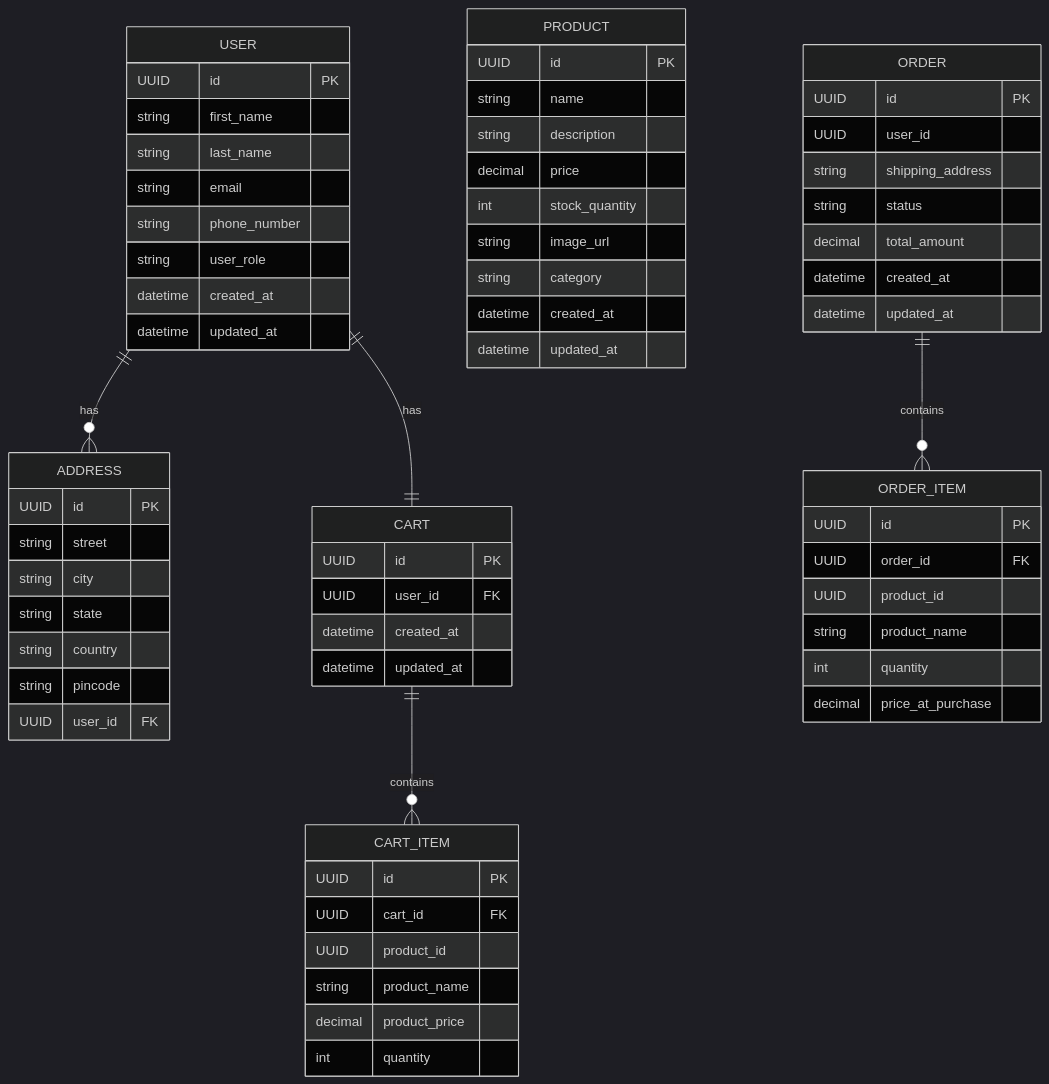
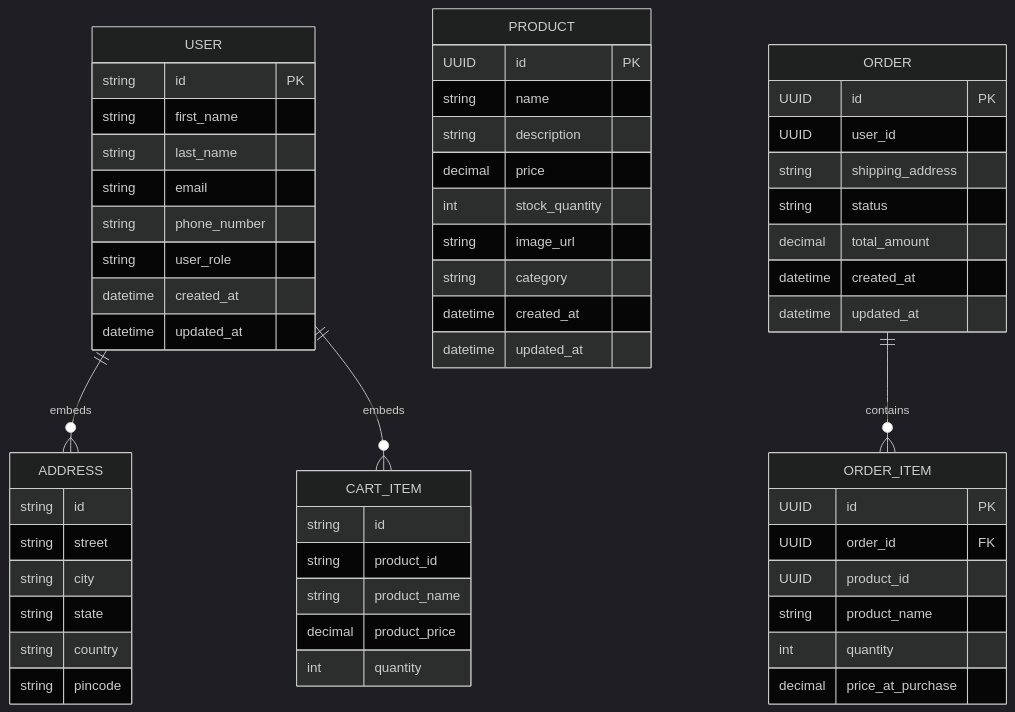
Before and after one commit to bhuvanesh-kp/Ecommerce-Application: the diagram in README.md, drawn with Mermaid (dark theme). The commit also changed other lines of this file and 12 other files, not shown here.

````diff
--- a/README.md
+++ b/README.md
@@ -68,75 +67,65 @@
 ```mermaid
 erDiagram
     USER {
-        UUID id PK
+        string id PK
         string first_name
         string last_name
         string email
         string phone_number
         string user_role
         datetime created_at
         datetime updated_at
     }
 
     ADDRESS {
-        UUID id PK
+        string id
         string street
         string city
         string state
         string country
         string pincode
-        UUID user_id FK
     }
 
     PRODUCT {
         UUID id PK
         string name
         string description
         decimal price
         int stock_quantity
         string image_url
         string category
         datetime created_at
         datetime updated_at
     }
 
-    CART {
-        UUID id PK
-        UUID user_id FK
-        datetime created_at
-        datetime updated_at
-    }
-
     CART_ITEM {
-        UUID id PK
-        UUID cart_id FK
-        UUID product_id
+        string id
+        string product_id
         string product_name
         decimal product_price
         int quantity
     }
 
     ORDER {
         UUID id PK
         UUID user_id
         string shipping_address
         string status
         decimal total_amount
         datetime created_at
         datetime updated_at
     }
 
     ORDER_ITEM {
         UUID id PK
         UUID order_id FK
         UUID product_id
         string product_name
         int quantity
         decimal price_at_purchase
     }
 
-    USER ||--o{ ADDRESS : "has"
-    USER ||--|| CART : "has"
-    CART ||--o{ CART_ITEM : "contains"
+    USER ||--o{ ADDRESS : "embeds"
+    USER ||--o{ CART_ITEM : "embeds"
     ORDER ||--o{ ORDER_ITEM : "contains"
 ```
````
